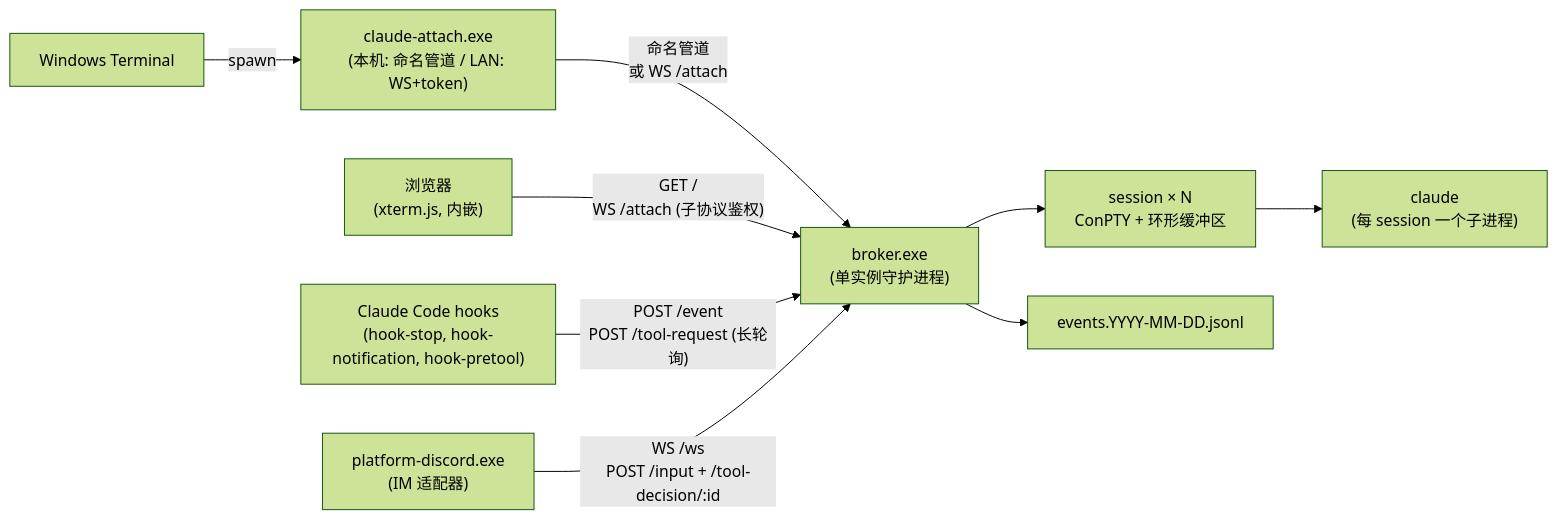
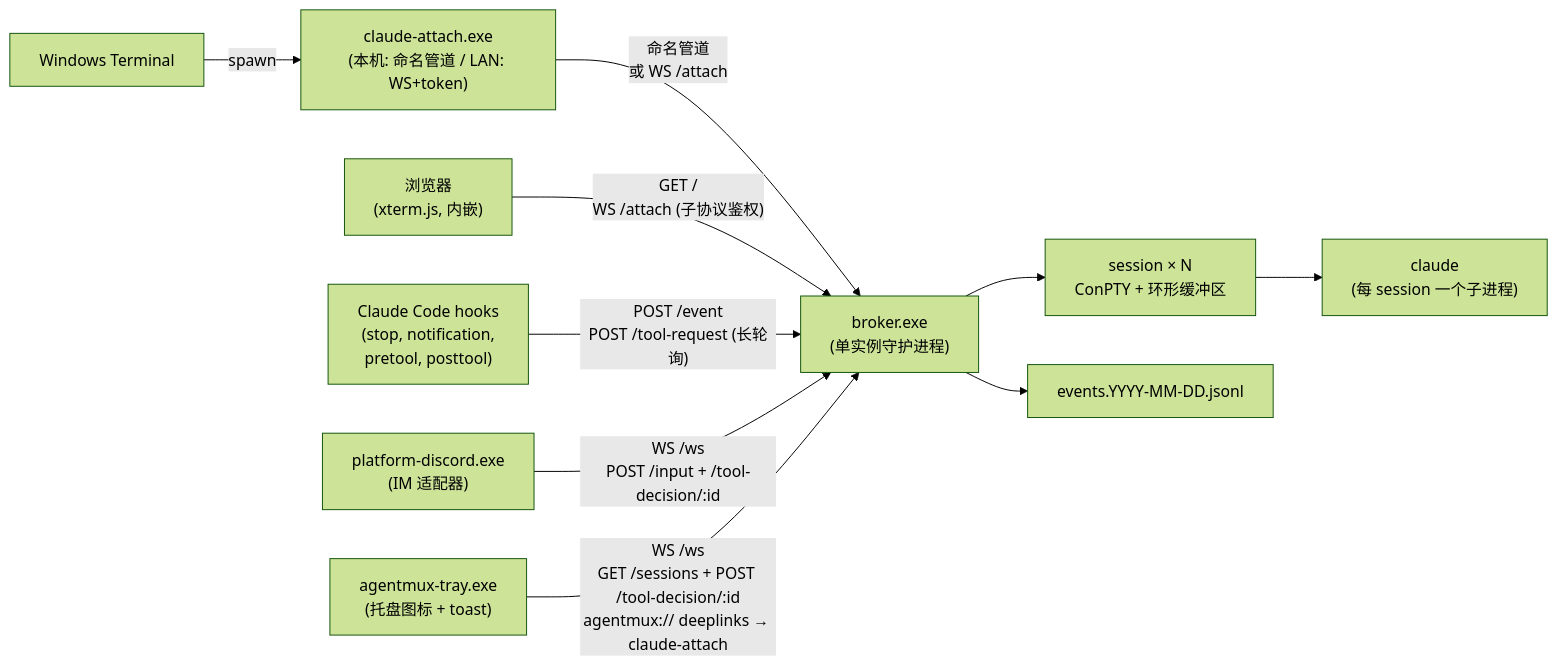
Before and after one commit to TornLux/agentmux: the diagram in README.zh-CN.md, drawn with Mermaid (forest theme). The commit also changed other lines of this file and 3 other files, not shown here.

````diff
--- a/README.zh-CN.md
+++ b/README.zh-CN.md
@@ -48,21 +50,23 @@
 ```mermaid
 flowchart LR
     Term["Windows Terminal"]
     Browser["浏览器<br/>(xterm.js, 内嵌)"]
-    Hooks["Claude Code hooks<br/>(hook-stop, hook-notification, hook-pretool)"]
+    Hooks["Claude Code hooks<br/>(stop, notification,<br/>pretool, posttool)"]
     Attach["claude-attach.exe<br/>(本机: 命名管道 / LAN: WS+token)"]
     Discord["platform-discord.exe<br/>(IM 适配器)"]
+    Tray["agentmux-tray.exe<br/>(托盘图标 + toast)"]
     Broker["broker.exe<br/>(单实例守护进程)"]
     Sess["session × N<br/>ConPTY + 环形缓冲区"]
     Claude["claude<br/>(每 session 一个子进程)"]
     Events["events.YYYY-MM-DD.jsonl"]
 
     Term -- "spawn" --> Attach
     Attach -- "命名管道<br/>或 WS /attach" --> Broker
     Browser -- "GET /<br/>WS /attach (子协议鉴权)" --> Broker
     Hooks -- "POST /event<br/>POST /tool-request (长轮询)" --> Broker
     Discord -- "WS /ws<br/>POST /input + /tool-decision/:id" --> Broker
+    Tray -- "WS /ws<br/>GET /sessions + POST /tool-decision/:id<br/>agentmux:// deeplinks → claude-attach" --> Broker
     Broker --> Sess
     Sess --> Claude
     Broker --> Events
 ```
````
